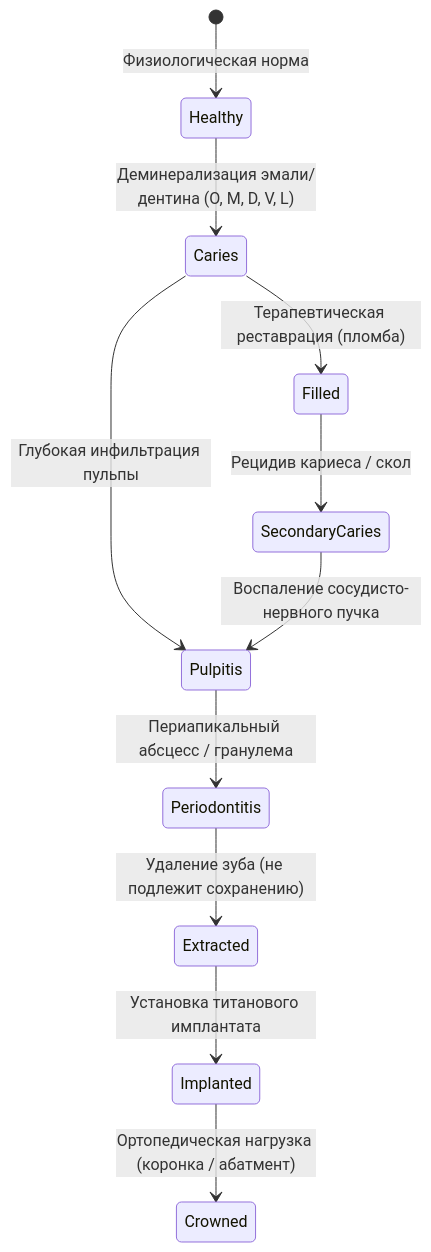
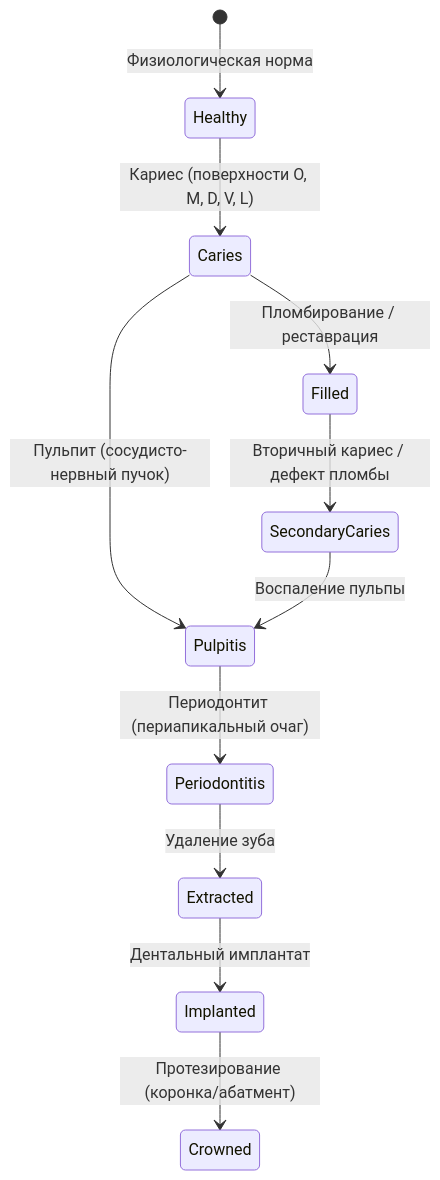
One commit to marko1olo/dental-crm changed the second of 3 diagrams in docs/ARCHITECTURE.md. Above: the diagram before and after it, drawn with Mermaid. The commit also changed other lines of this file and 5 other files, not shown here.

Commit message:
docs: update system documentation, architecture manifesto, deployment and cli references

````diff
--- a/docs/ARCHITECTURE.md
+++ b/docs/ARCHITECTURE.md
@@ -68,13 +110,13 @@
 ```mermaid
 stateDiagram-v2
     [*] --> Healthy: Физиологическая норма
-    Healthy --> Caries: Деминерализация эмали/дентина (O, M, D, V, L)
-    Caries --> Pulpitis: Глубокая инфильтрация пульпы
-    Pulpitis --> Periodontitis: Периапикальный абсцесс / гранулема
-    Periodontitis --> Extracted: Удаление зуба (не подлежит сохранению)
-    Extracted --> Implanted: Установка титанового имплантата
-    Implanted --> Crowned: Ортопедическая нагрузка (коронка / абатмент)
-    Caries --> Filled: Терапевтическая реставрация (пломба)
-    Filled --> SecondaryCaries: Рецидив кариеса / скол
-    SecondaryCaries --> Pulpitis: Воспаление сосудисто-нервного пучка
+    Healthy --> Caries: Кариес (поверхности O, M, D, V, L)
+    Caries --> Pulpitis: Пульпит (сосудисто-нервный пучок)
+    Pulpitis --> Periodontitis: Периодонтит (периапикальный очаг)
+    Periodontitis --> Extracted: Удаление зуба
+    Extracted --> Implanted: Дентальный имплантат
+    Implanted --> Crowned: Протезирование (коронка/абатмент)
+    Caries --> Filled: Пломбирование / реставрация
+    Filled --> SecondaryCaries: Вторичный кариес / дефект пломбы
+    SecondaryCaries --> Pulpitis: Воспаление пульпы
 ```
````
